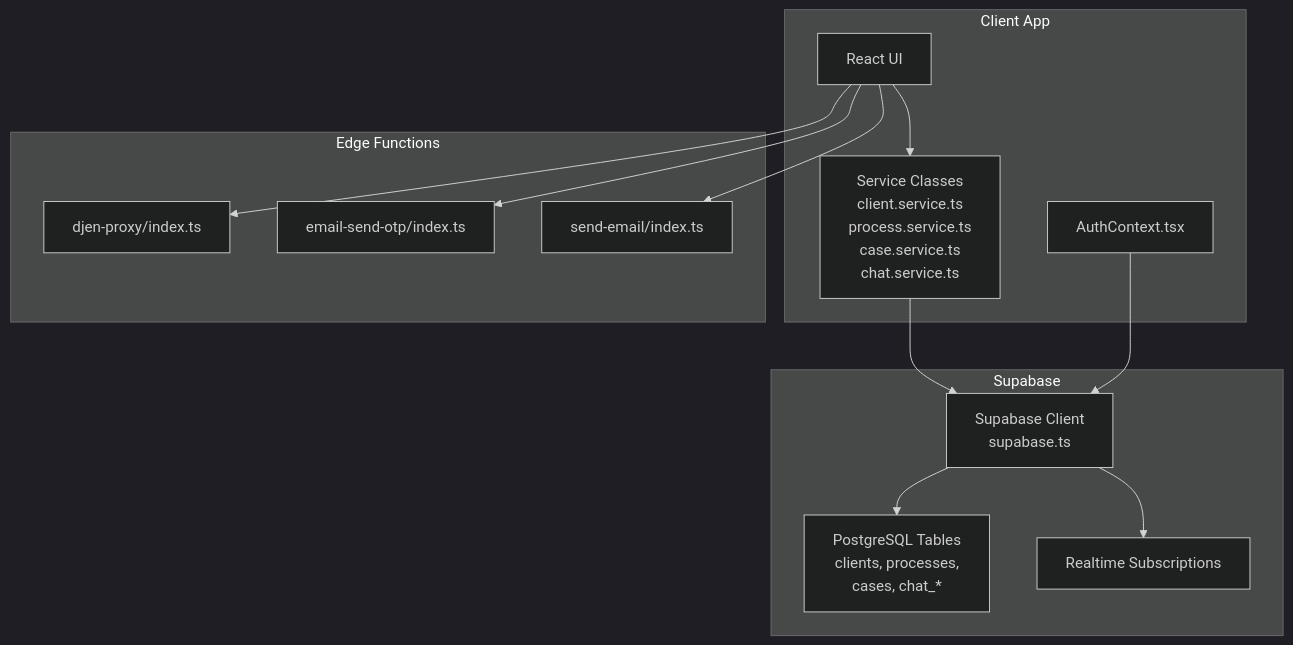
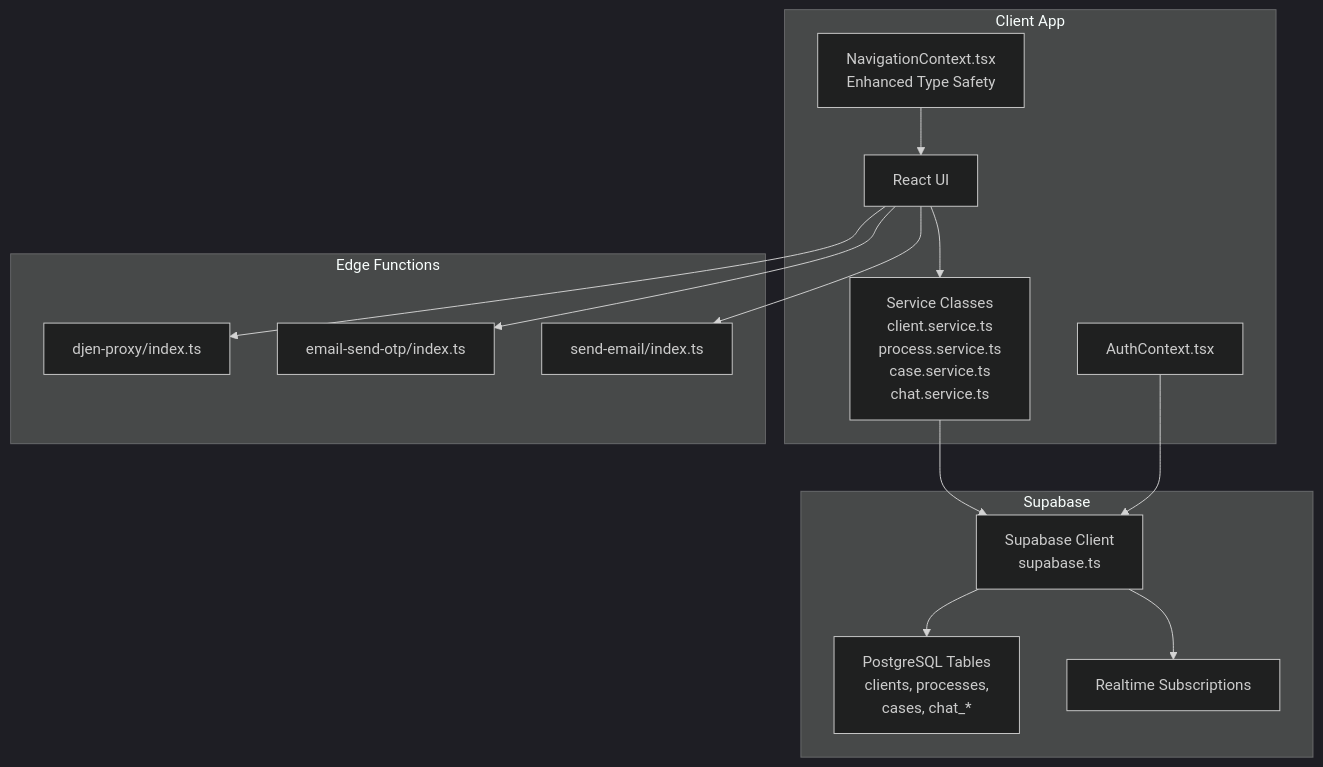
One commit to usermontalvao/CRMlaw changed the first of 6 diagrams in .qoder/repowiki/en/content/API Reference.md. Above: the diagram before and after it, drawn with Mermaid (dark theme). The commit also changed other lines of this file and 8 other files, not shown here.

````diff
--- a/.qoder/repowiki/en/content/API Reference.md
+++ b/.qoder/repowiki/en/content/API Reference.md
@@ -49,26 +61,28 @@
 ```mermaid
 graph TB
 subgraph "Client App"
 UI["React UI"]
 Services["Service Classes<br/>client.service.ts<br/>process.service.ts<br/>case.service.ts<br/>chat.service.ts"]
 Auth["AuthContext.tsx"]
+Nav["NavigationContext.tsx<br/>Enhanced Type Safety"]
 end
 subgraph "Supabase"
 SB["Supabase Client<br/>supabase.ts"]
 Tables["PostgreSQL Tables<br/>clients, processes,<br/>cases, chat_*"]
 Realtime["Realtime Subscriptions"]
 end
 subgraph "Edge Functions"
 DJEN["djen-proxy/index.ts"]
 OTP["email-send-otp/index.ts"]
 SMTPE["send-email/index.ts"]
 end
 UI --> Services
 Services --> SB
 SB --> Tables
 SB --> Realtime
 Auth --> SB
+Nav --> UI
 UI --> DJEN
 UI --> OTP
 UI --> SMTPE
 ```
````
